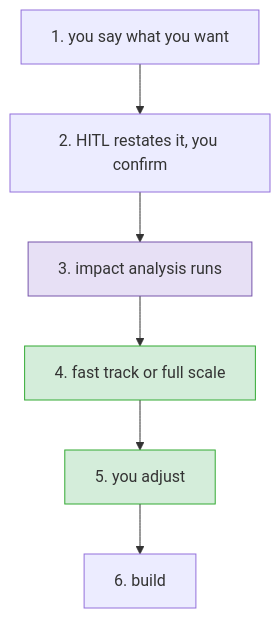
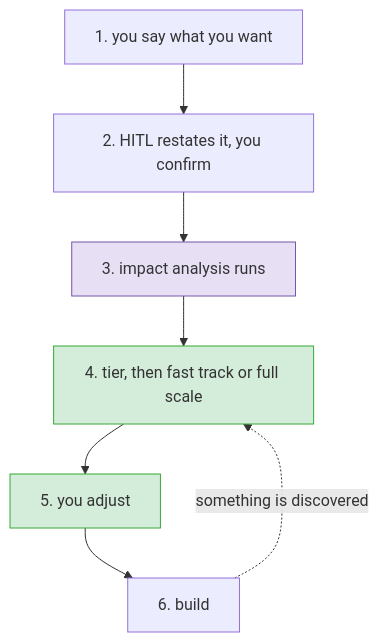
Before and after one commit to Prasad-Apparaju/hitl-dev-platform: the diagram in docs/design/right-sizing/01-design.md, drawn with Mermaid. The commit also changed other lines of this file and 1 other file, not shown here.

````diff
--- a/docs/design/right-sizing/01-design.md
+++ b/docs/design/right-sizing/01-design.md
@@ -7,12 +7,13 @@
 ```mermaid
 flowchart TB
   A["1. you say what you want"] --> B["2. HITL restates it, you confirm"]
   B --> C["3. impact analysis runs"]
-  C --> D["4. fast track or full scale"]
+  C --> D["4. tier, then fast track or full scale"]
   D --> E["5. you adjust"]
   E --> F["6. build"]
+  F -.->|"something is discovered"| D
   classDef pick fill:#d4edda,stroke:#3a3
   classDef gen fill:#e7e0f5,stroke:#75a
   class D,E pick
   class C gen
 ```
````
